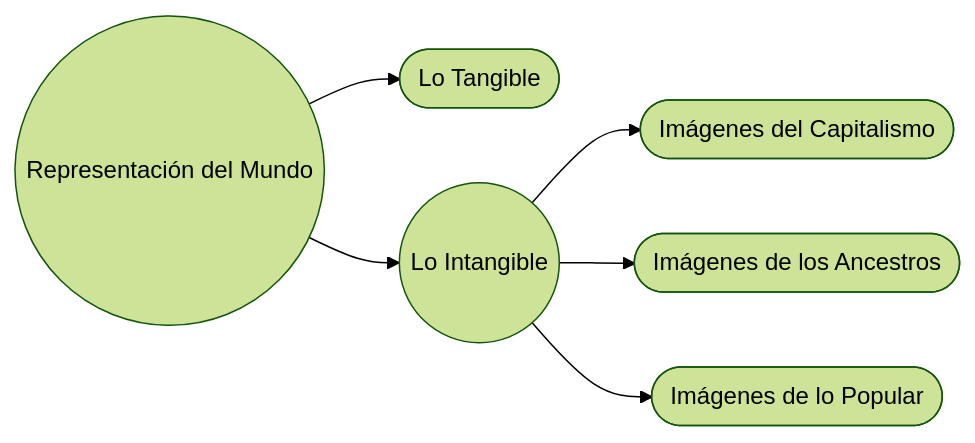
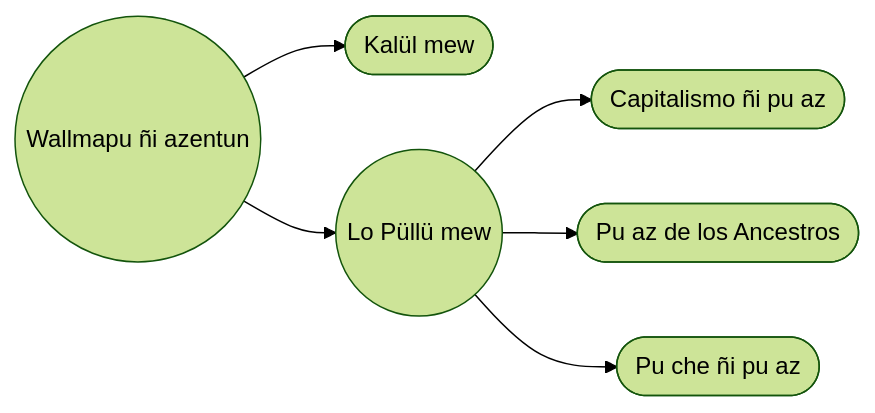
One commit to EGGS-Artesvisuales/EGGS-Artesvisuales.github.io changed the third of 3 diagrams in MPD/mundo-exterior.md. Above: the diagram before and after it, drawn with Mermaid (forest theme). The commit also changed other lines of this file and 43 other files, not shown here.

```diff
--- a/MPD/mundo-exterior.md
+++ b/MPD/mundo-exterior.md
@@ -121,20 +121,20 @@
 <div class="mermaid">
 flowchart LR
-  representacion((Representación del Mundo))
-  tangible(["Lo Tangible"])
-  intangible(("Lo Intangible"))
+  representacion((Wallmapu ñi azentun))
+  tangible(["Kalül mew"])
+  intangible(("Lo Püllü mew"))
 
   representacion --> tangible
   representacion --> intangible
 
-  intangible --> capitalismo(["Imágenes del Capitalismo"])
-  intangible --> ancestros(["Imágenes de los Ancestros"])
-  intangible --> popular(["Imágenes de lo Popular"])
+  intangible --> capitalismo(["Capitalismo ñi pu az"])
+  intangible --> ancestros(["Pu az de los Ancestros"])
+  intangible --> popular(["Pu che ñi pu az"])
 
-  click representacion "/MPD/mundo-exterior.html" "Ir a Representación del Mundo"
-  click tangible "/MPD/tangible.html" "Ir a Lo Tangible"
-  click intangible "/MPD/intangible.html" "Ir a Lo Intangible"
-  click capitalismo "/MPD/imagenes-capitalismo.html" "Ir a Imágenes del Capitalismo"
-  click ancestros "/MPD/imagenes-ancestros.html" "Ir a Imágenes de los Ancestros"
-  click popular "/MPD/imagenes-popular.html" "Ir a Imágenes de lo Popular"
+  click representacion "/MPD/mundo-exterior.html" "Ir a Wallmapu ñi azentun"
+  click tangible "/MPD/tangible.html" "Ir a Kalül mew"
+  click intangible "/MPD/intangible.html" "Ir a Lo Püllü mew"
+  click capitalismo "/MPD/imagenes-capitalismo.html" "Ir a Capitalismo ñi pu az"
+  click ancestros "/MPD/imagenes-ancestros.html" "Ir a Pu az de los Ancestros"
+  click popular "/MPD/imagenes-popular.html" "Ir a Pu che ñi pu az"
 </div>
```
